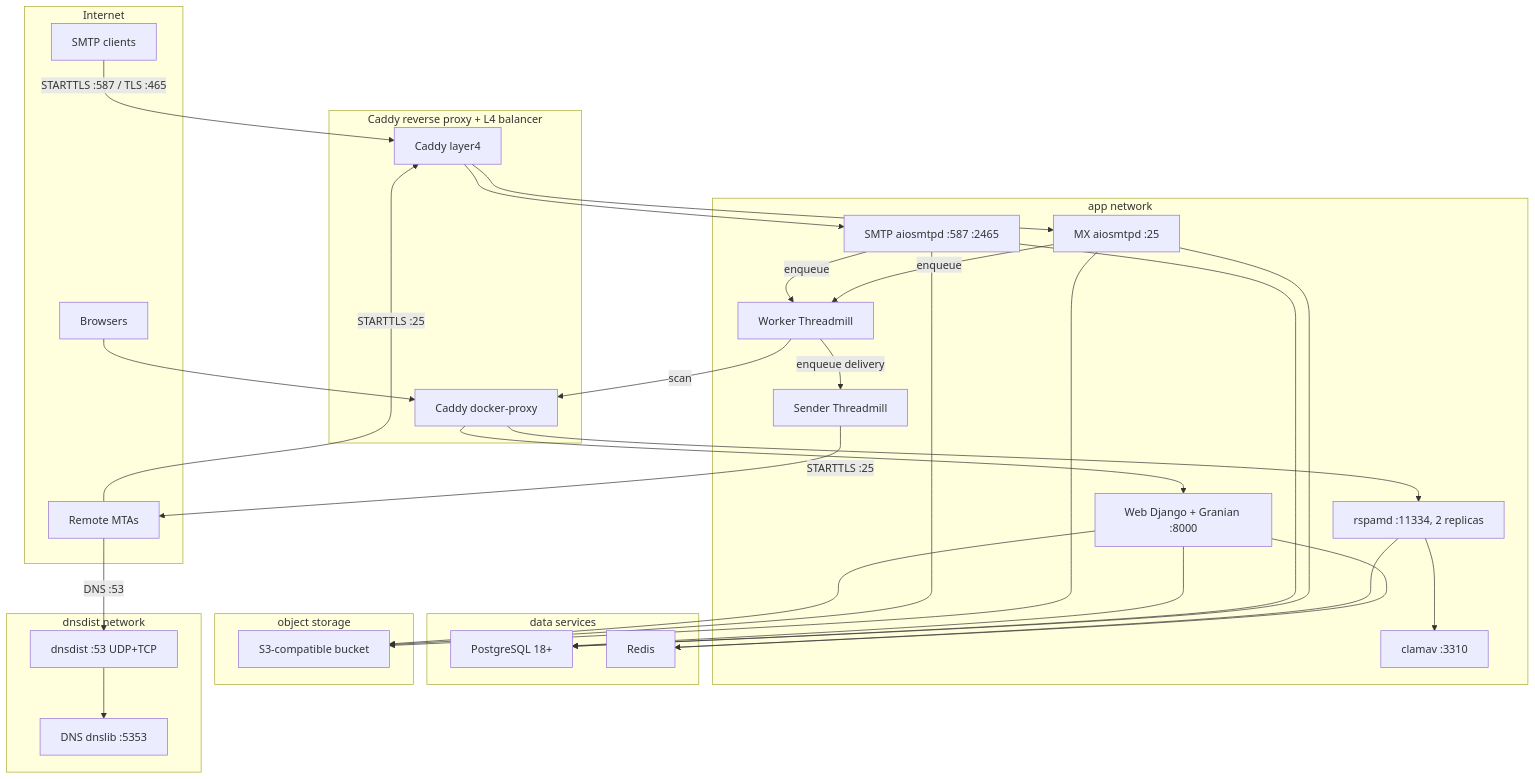
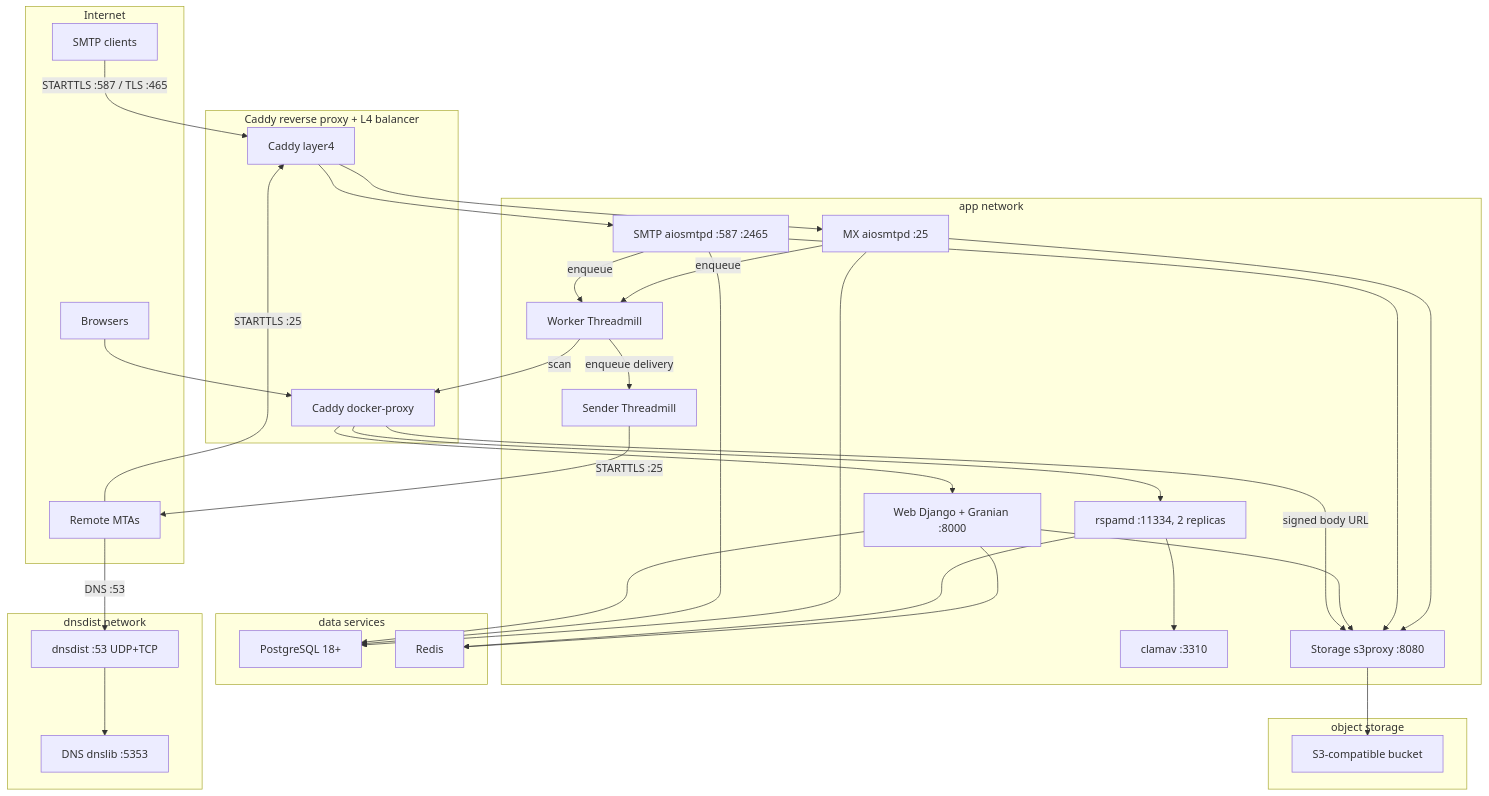
One commit to codingjoe/relay changed the first of 2 diagrams in README.md. Above: the diagram before and after it, drawn with Mermaid. The commit also changed other lines of this file and 3 other files, not shown here.

````diff
--- a/README.md
+++ b/README.md
@@ -88,61 +93,64 @@
 ```mermaid
 flowchart TD
     subgraph internet[Internet]
         client[SMTP clients]
         sender[Remote MTAs]
         browser[Browsers]
     end
 
     subgraph caddy[Caddy reverse proxy + L4 balancer]
         caddy_proxy[Caddy docker-proxy]
         caddy_l4[Caddy layer4]
     end
 
     subgraph app[app network]
         web[Web Django + Granian :8000]
         msa[SMTP aiosmtpd :587 :2465]
         mta[MX aiosmtpd :25]
         worker[Worker Threadmill]
         mail_sender[Sender Threadmill]
         rspamd[rspamd :11334, 2 replicas]
         clamav[clamav :3310]
+        s3proxy[Storage s3proxy :8080]
     end
 
     subgraph data[data services]
         pg[PostgreSQL 18+]
         redis[Redis]
     end
 
     subgraph storage[object storage]
         s3[S3-compatible bucket]
     end
 
     subgraph dns[dnsdist network]
         dnsdist[dnsdist :53 UDP+TCP]
         dns_ns[DNS dnslib :5353]
     end
 
     browser --> caddy_proxy
     caddy_proxy --> web
+    caddy_proxy -->|signed body URL| s3proxy
     client -->|STARTTLS :587 / TLS :465| caddy_l4
     sender -->|STARTTLS :25| caddy_l4
     caddy_l4 --> msa
     caddy_l4 --> mta
     msa -->|enqueue| worker
     mta -->|enqueue| worker
     worker -->|enqueue delivery| mail_sender
     mail_sender -->|STARTTLS :25| sender
     worker -->|scan| caddy_proxy
     caddy_proxy --> rspamd
     rspamd --> redis
     rspamd --> clamav
     web --> pg
     web --> redis
-    web --> s3
+    web --> s3proxy
     msa --> pg
-    msa --> s3
+    msa --> s3proxy
     mta --> pg
-    mta --> s3
+    mta --> s3proxy
+    s3proxy --> s3
     dnsdist --> dns_ns
     sender -->|DNS :53| dnsdist
 ```
````
